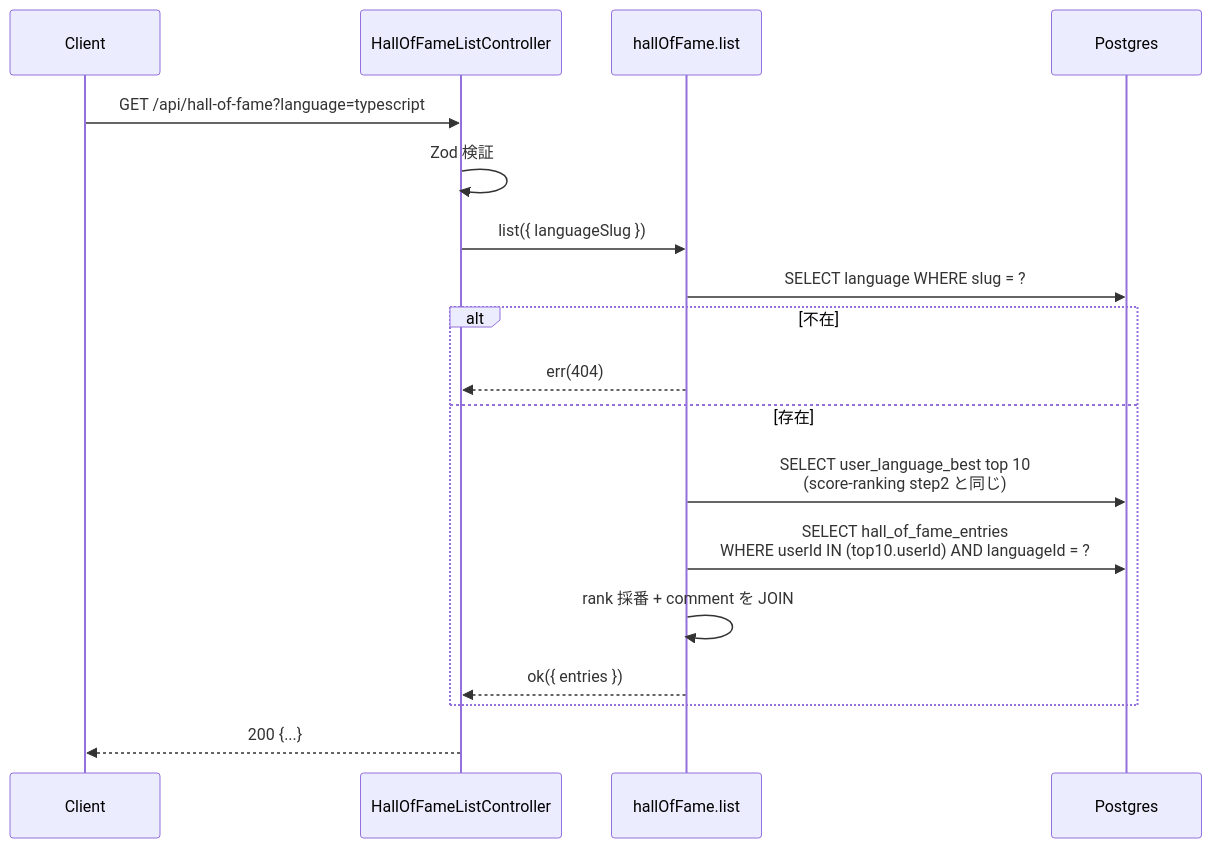
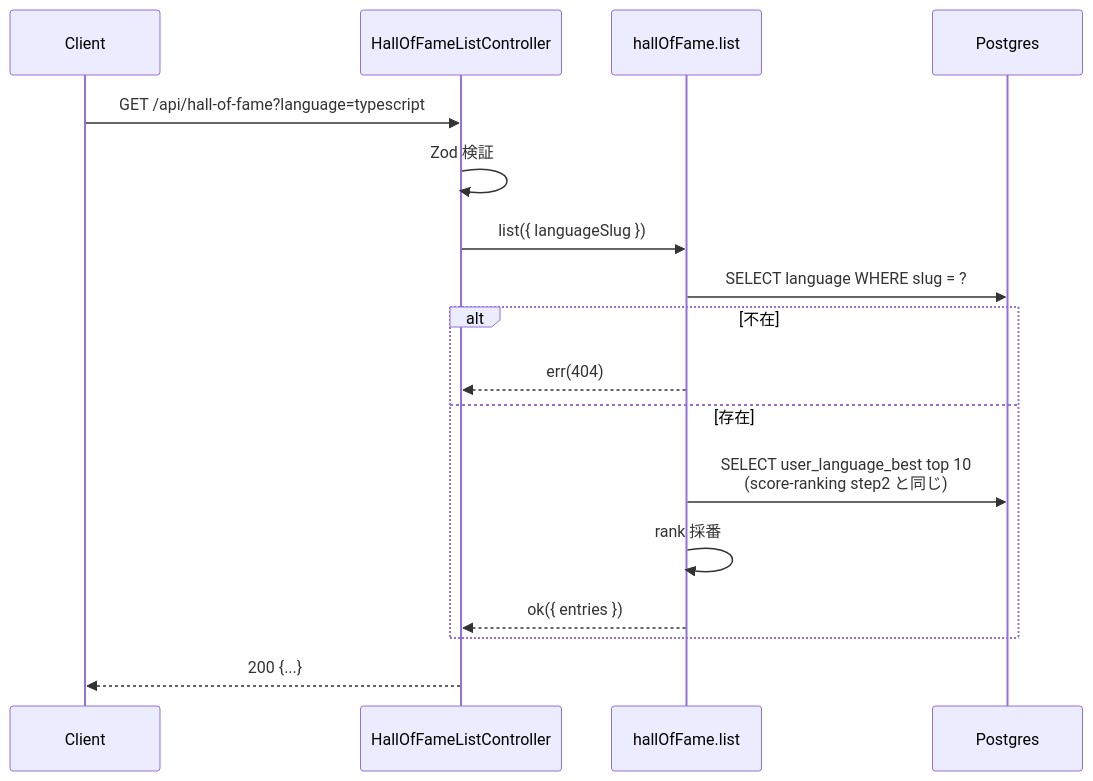
The diagram in docs/spec/rewards/step4-api-hall-of-fame.md (kentakki416/typing-royale), drawn with Mermaid before and after one commit. The commit also changed other lines of this file and 51 other files, not shown here.

````diff
--- a/docs/spec/rewards/step4-api-hall-of-fame.md
+++ b/docs/spec/rewards/step4-api-hall-of-fame.md
@@ -159,21 +91,20 @@
 ```mermaid
 sequenceDiagram
     participant C as Client
     participant Ctrl as HallOfFameListController
     participant Svc as hallOfFame.list
     participant DB as Postgres
 
     C->>Ctrl: GET /api/hall-of-fame?language=typescript
     Ctrl->>Ctrl: Zod 検証
     Ctrl->>Svc: list({ languageSlug })
     Svc->>DB: SELECT language WHERE slug = ?
     alt 不在
         Svc-->>Ctrl: err(404)
     else 存在
         Svc->>DB: SELECT user_language_best top 10<br/>(score-ranking step2 と同じ)
-        Svc->>DB: SELECT hall_of_fame_entries<br/>WHERE userId IN (top10.userId) AND languageId = ?
-        Svc->>Svc: rank 採番 + comment を JOIN
+        Svc->>Svc: rank 採番
         Svc-->>Ctrl: ok({ entries })
     end
     Ctrl-->>C: 200 {...}
 ```
````
